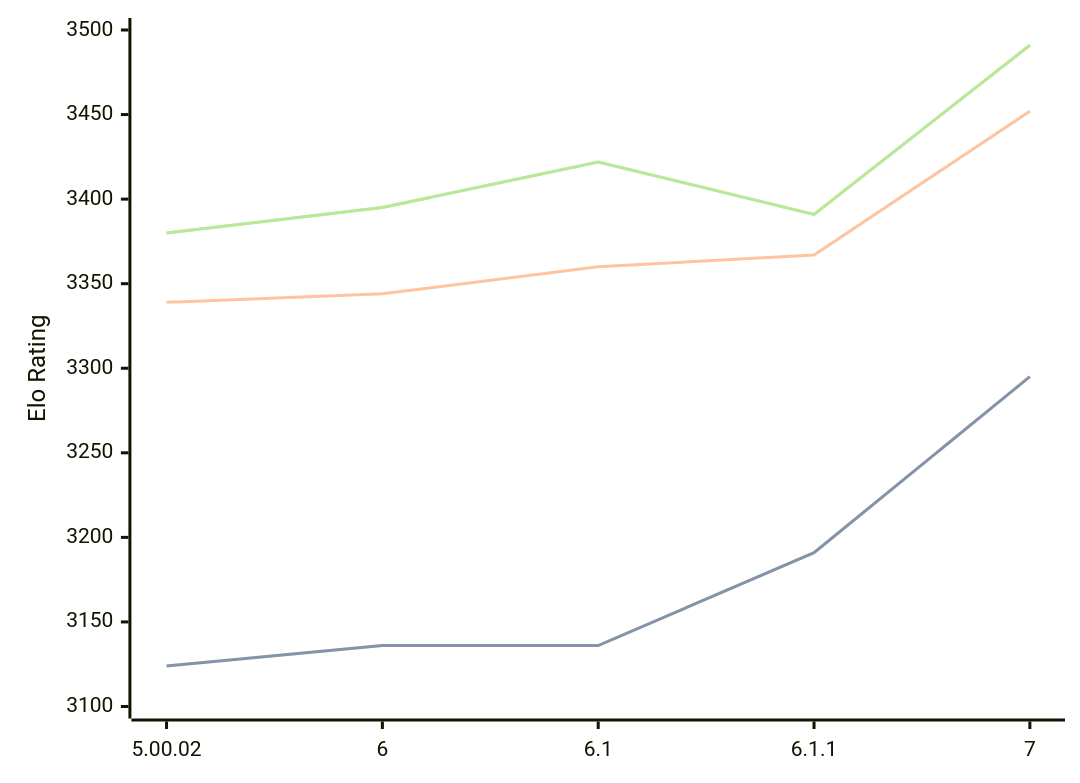
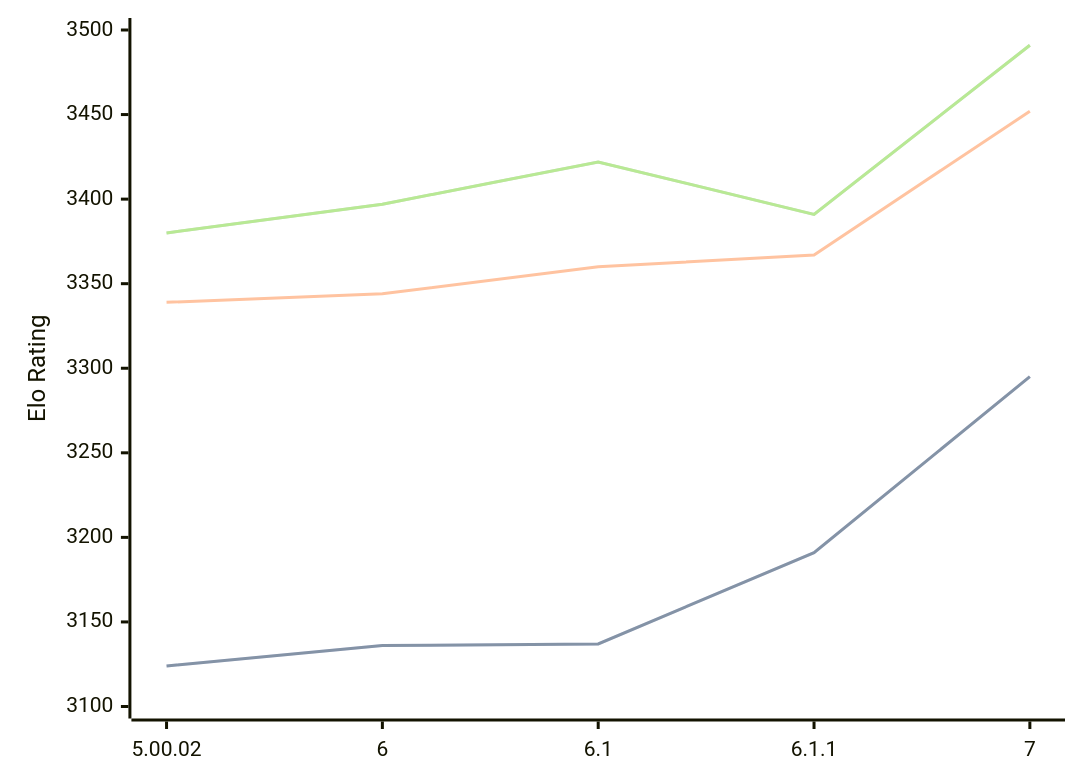
The diagram in engines/Zangdar.md (computer-chess-index/cci), drawn with Mermaid before and after one commit. The commit also changed other lines of this file, not shown here.

Commit message:
Update CCI Ratings (ELO VLTC) - 2026-07-26

````diff
--- a/engines/Zangdar.md
+++ b/engines/Zangdar.md
@@ -47,11 +47,11 @@
 ```mermaid
 %%{init: {"theme":"base","themeVariables":{"seriesColors:['#a3a3a3','#222221','#faa371']}}}%%
 xychart-beta
   x-axis ["5.00.02", "6", "6.1", "6.1.1", "7"]
   y-axis "Elo Rating" 3100 --> 3500
-  line "STC (8.0+0.08s)" [3124, 3136, 3136, 3191, 3295]
-  line "STC (8.0+0.08s)" [3124, 3136, 3136, 3191, 3295]
+  line "STC (8.0+0.08s)" [3124, 3136, 3137, 3191, 3295]
+  line "STC (8.0+0.08s)" [3124, 3136, 3137, 3191, 3295]
   line "LTC (60.0+0.60s)" [3339, 3344, 3360, 3367, 3452]
-  line "VLTC (2m24s+1.12s)" [3380, 3395, 3422, 3391, 3491]
-  line "VLTC (2m24s+1.12s)" [3380, 3395, 3422, 3391, 3491]
+  line "VLTC (2m24s+1.12s)" [3380, 3397, 3422, 3391, 3491]
+  line "VLTC (2m24s+1.12s)" [3380, 3397, 3422, 3391, 3491]
 ```
````
